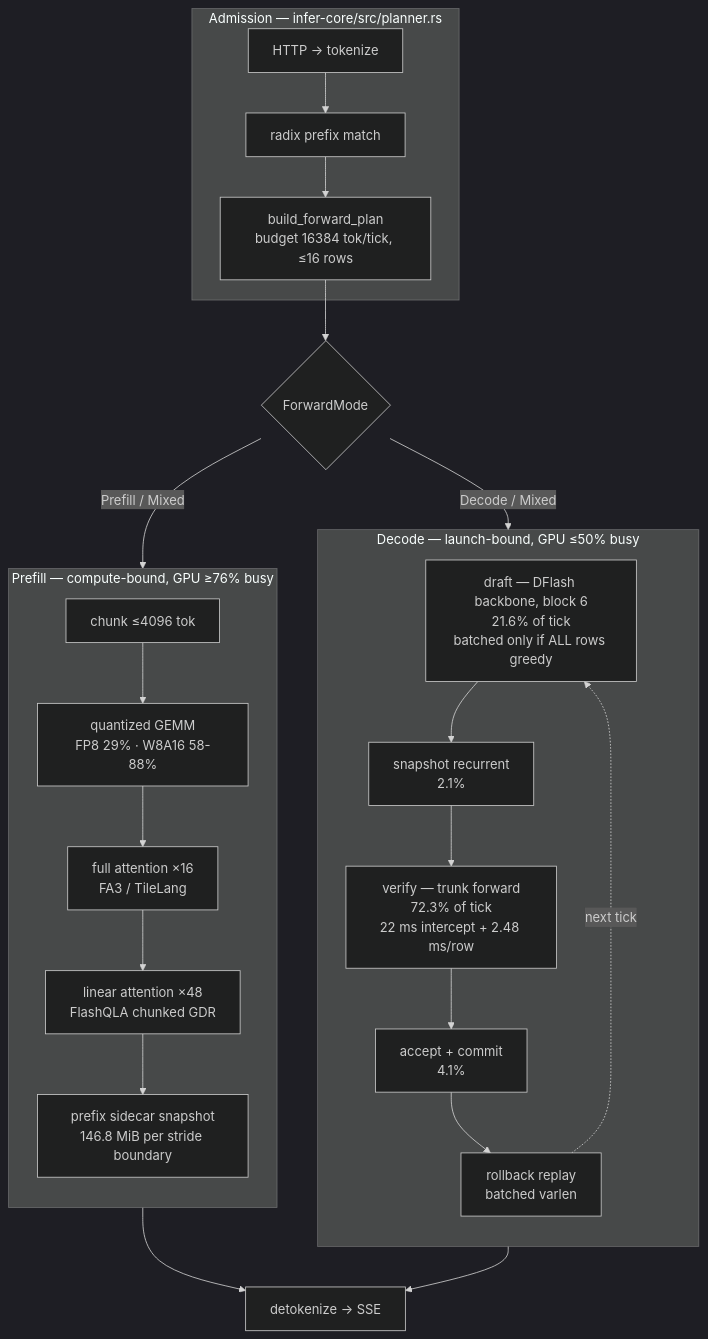
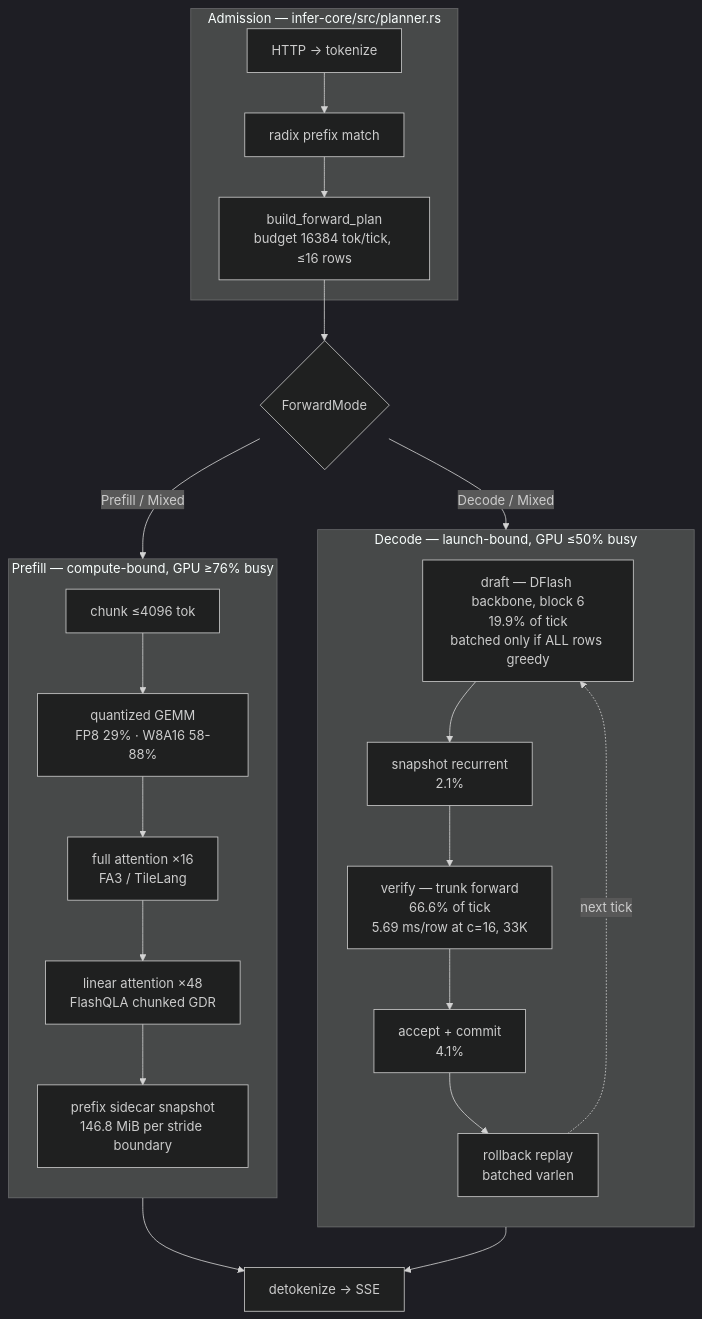
The diagram in docs/perf-qwen36-27b.md (acupof-ai/arle), drawn with Mermaid (dark theme) before and after one commit. The commit also changed other lines of this file, not shown here.

````diff
--- a/docs/perf-qwen36-27b.md
+++ b/docs/perf-qwen36-27b.md
@@ -119,31 +221,31 @@
 ```mermaid
 flowchart TB
     subgraph ADMIT["Admission — infer-core/src/planner.rs"]
         A1["HTTP → tokenize"] --> A2["radix prefix match"]
         A2 --> A3["build_forward_plan<br/>budget 16384 tok/tick, ≤16 rows"]
     end
 
     A3 --> P{"ForwardMode"}
 
     subgraph PREFILL["Prefill — compute-bound, GPU ≥76% busy"]
         direction TB
         B1["chunk ≤4096 tok"] --> B2["quantized GEMM<br/>FP8 29% · W8A16 58-88%"]
         B2 --> B3["full attention ×16<br/>FA3 / TileLang"]
         B3 --> B4["linear attention ×48<br/>FlashQLA chunked GDR"]
         B4 --> B5["prefix sidecar snapshot<br/>146.8 MiB per stride boundary"]
     end
 
     subgraph DECODE["Decode — launch-bound, GPU ≤50% busy"]
         direction TB
-        C1["draft — DFlash backbone, block 6<br/>21.6% of tick<br/>batched only if ALL rows greedy"] --> C2["snapshot recurrent<br/>2.1%"]
-        C2 --> C3["verify — trunk forward<br/>72.3% of tick<br/>22 ms intercept + 2.48 ms/row"]
+        C1["draft — DFlash backbone, block 6<br/>19.9% of tick<br/>batched only if ALL rows greedy"] --> C2["snapshot recurrent<br/>2.1%"]
+        C2 --> C3["verify — trunk forward<br/>66.6% of tick<br/>5.69 ms/row at c=16, 33K"]
         C3 --> C4["accept + commit<br/>4.1%"]
         C4 --> C5["rollback replay<br/>batched varlen"]
     end
 
     P -->|Prefill / Mixed| PREFILL
     P -->|Decode / Mixed| DECODE
     PREFILL --> OUT["detokenize → SSE"]
     DECODE --> OUT
     C5 -.->|next tick| C1
 ```
````
